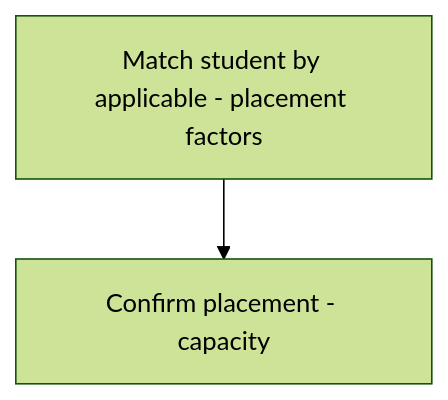
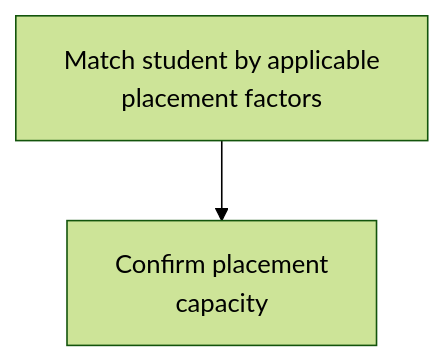
Before and after one commit to RIAHPathway/Website-Draft: the fifth of 18 diagrams in RIAH-PATHWAY-EXPERIENTIAL-STRUCTURE/EXPERIENTIAL-STRUCTURE.md, drawn with Mermaid (forest theme). The commit also changed other lines of this file, not shown here.

Commit message:
Fix Mermaid rendering in experiential structure

````diff
--- a/RIAH-PATHWAY-EXPERIENTIAL-STRUCTURE/EXPERIENTIAL-STRUCTURE.md
+++ b/RIAH-PATHWAY-EXPERIENTIAL-STRUCTURE/EXPERIENTIAL-STRUCTURE.md
@@ -520,4 +520,4 @@
 ```mermaid
-flowchart TD
-    A["Match student by applicable - placement factors"] --> B["Confirm placement - capacity"]
+graph TD
+    A["Match student by applicable<br/>placement factors"] --> B["Confirm placement<br/>capacity"]
 ```
````
